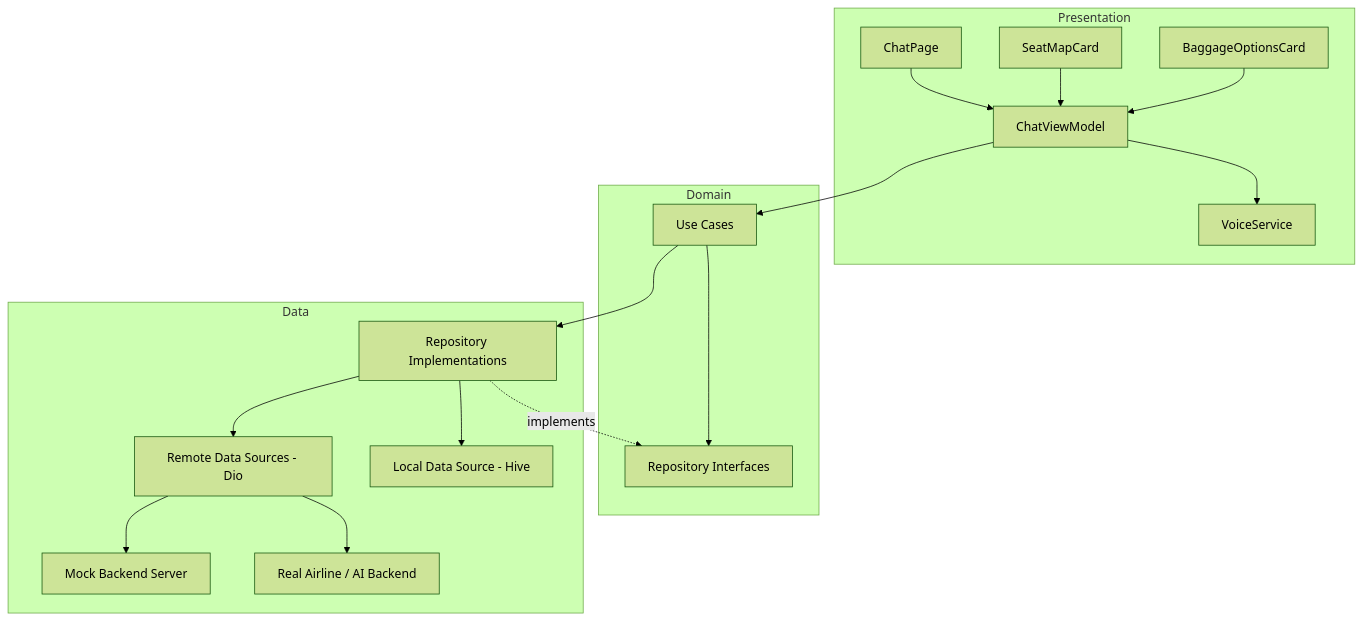
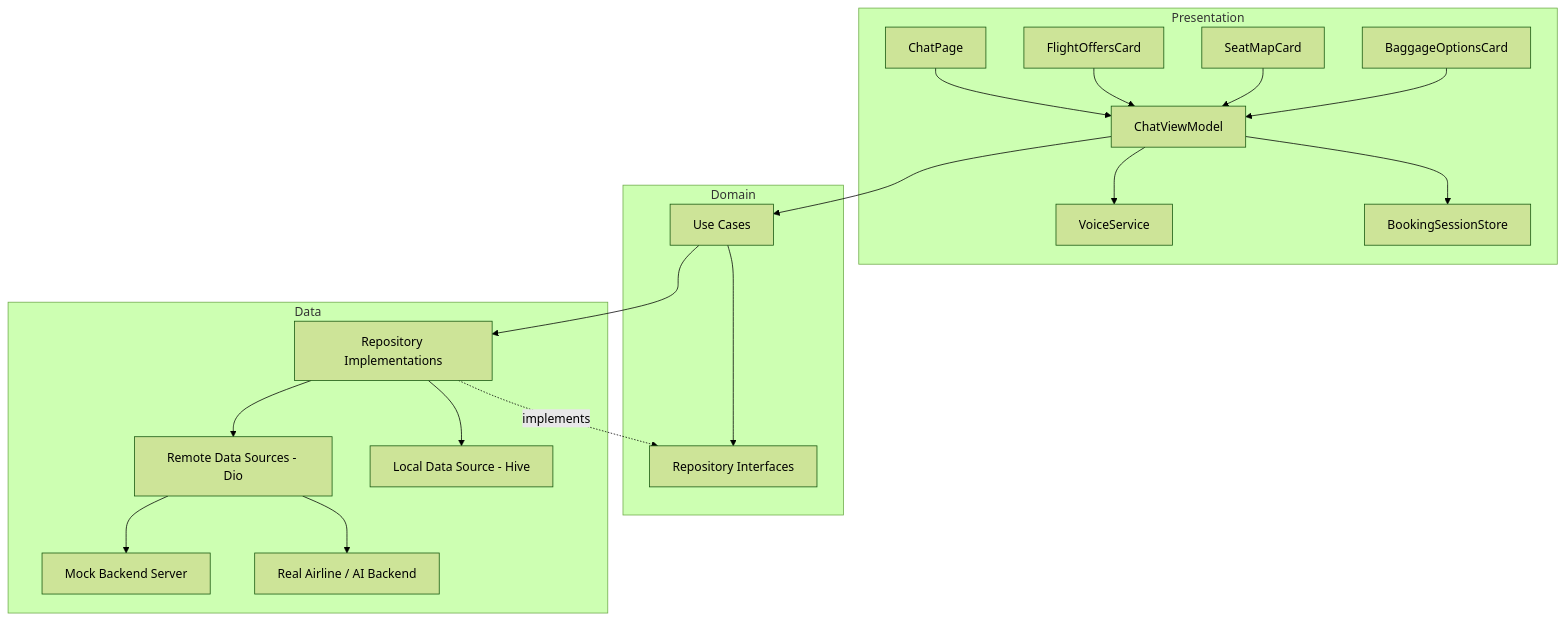
The diagram in docs/ARCHITECTURE.md (coforge-manoj/travelbuddy), drawn with Mermaid (forest theme) before and after one commit. The commit also changed other lines of this file and 11 other files, not shown here.

````diff
--- a/docs/ARCHITECTURE.md
+++ b/docs/ARCHITECTURE.md
@@ -10,24 +10,26 @@
 ```mermaid
 flowchart TB
     subgraph Presentation
         ChatPage --> ChatViewModel
+        FlightOffersCard --> ChatViewModel
         SeatMapCard --> ChatViewModel
         BaggageOptionsCard --> ChatViewModel
         ChatViewModel --> VoiceService
+        ChatViewModel --> BookingSessionStore
     end
 
     subgraph Domain
         ChatViewModel --> UseCases[Use Cases]
         UseCases --> RepoInterfaces[Repository Interfaces]
     end
 
     subgraph Data
         RepoImpls[Repository Implementations] -.implements.-> RepoInterfaces
         RepoImpls --> RemoteDS[Remote Data Sources - Dio]
         RepoImpls --> LocalDS[Local Data Source - Hive]
         RemoteDS --> MockBackend[Mock Backend Server]
         RemoteDS --> RealAPI[Real Airline / AI Backend]
     end
 
     UseCases --> RepoImpls
 ```
````
